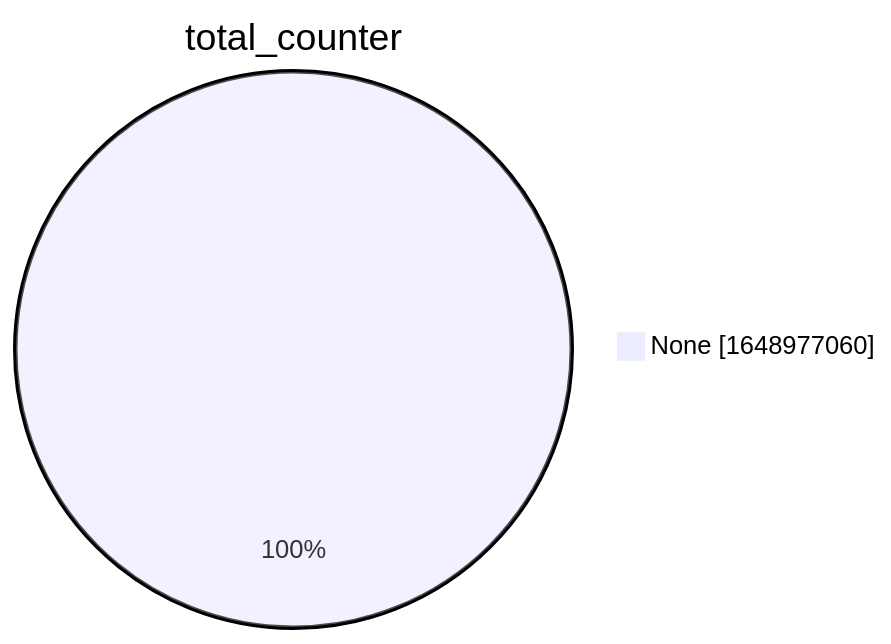
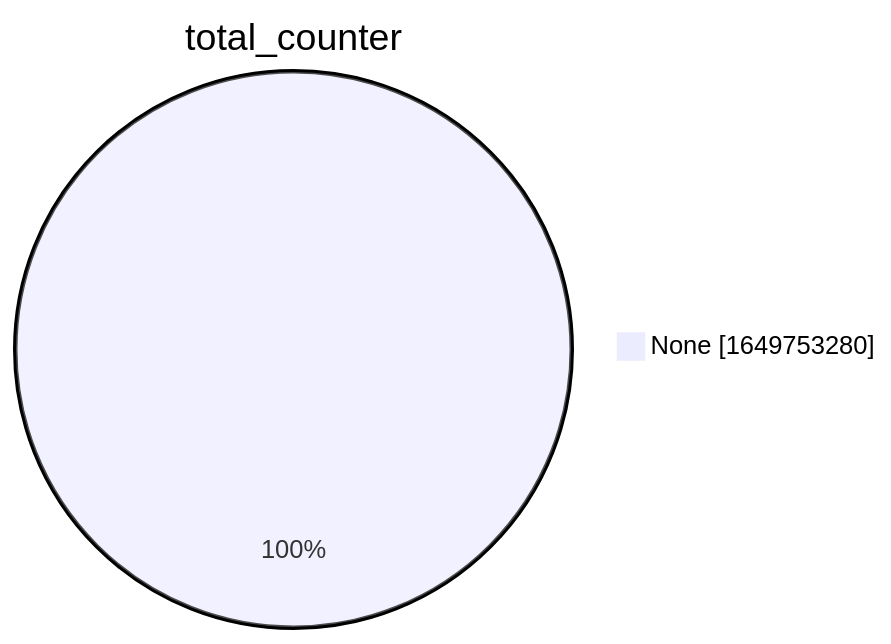
The second of 15 diagrams in xenon2022/README.md (christiankrug/ctmonitor_visualization), drawn with Mermaid before and after one commit. The commit also changed other lines of this file, not shown here.

````diff
--- a/xenon2022/README.md
+++ b/xenon2022/README.md
@@ -9,5 +9,5 @@
 ```mermaid
 pie showData
 title total_counter
-"None" :1648977060
+"None" :1649753280
 ```
````
